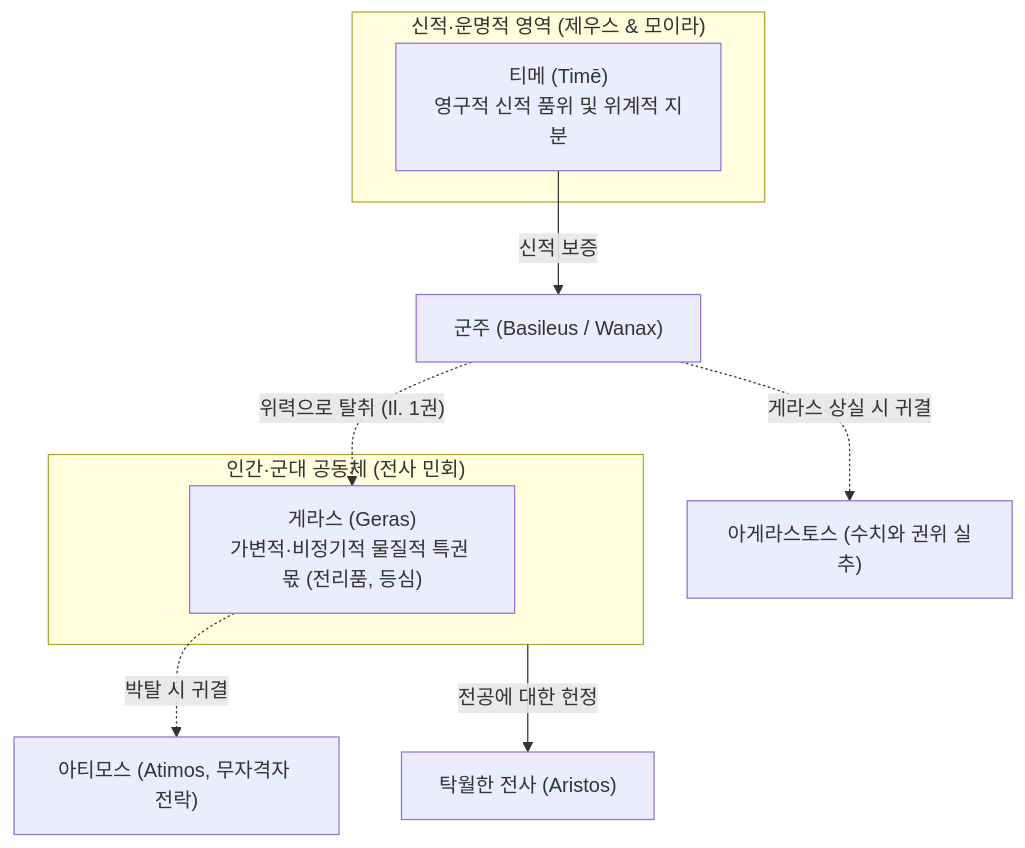
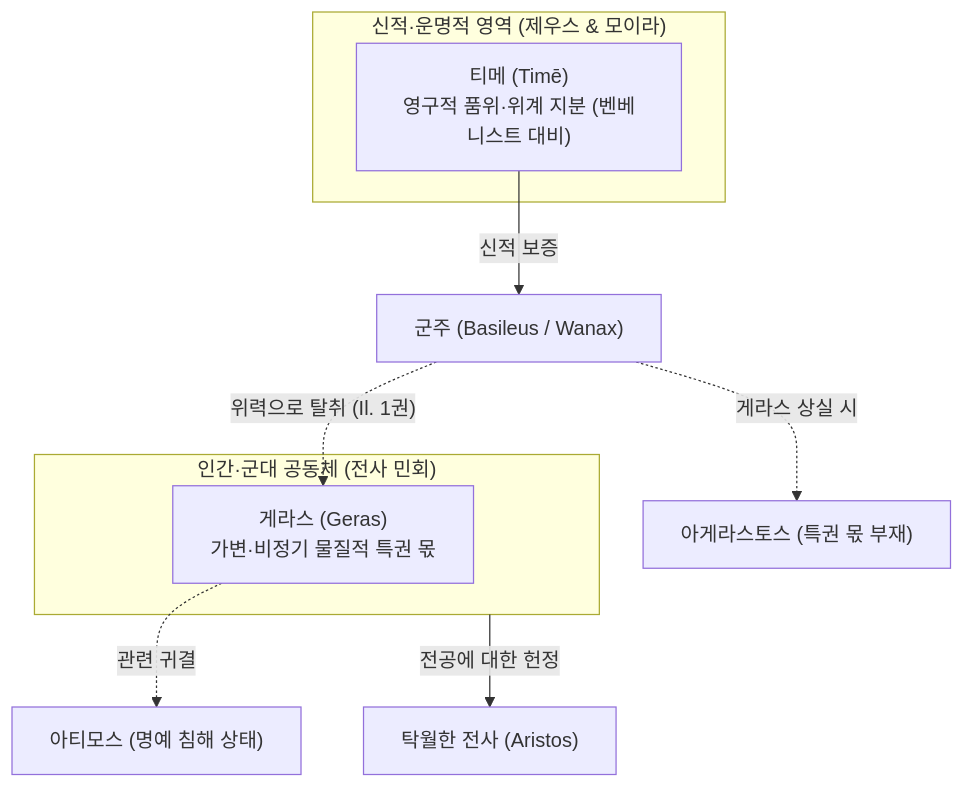
The diagram in wiki/concepts/concept-geras.md (YgHnSIM/Homer_wiki), drawn with Mermaid before and after one commit. The commit also changed other lines of this file and 1 other file, not shown here.

Commit message:
docs(concepts): 게라스(concept-geras) 검토 및 정제 완료

````diff
--- a/wiki/concepts/concept-geras.md
+++ b/wiki/concepts/concept-geras.md
@@ -75,17 +78,17 @@
 ```mermaid
 graph TD
     subgraph Divine["신적·운명적 영역 (제우스 & 모이라)"]
-        T["티메 (Timē)<br/>영구적 신적 품위 및 위계적 지분"]
+        T["티메 (Timē)<br/>영구적 품위·위계 지분 (벤베니스트 대비)"]
     end
 
     subgraph Mortal["인간·군대 공동체 (전사 민회)"]
-        G["게라스 (Geras)<br/>가변적·비정기적 물질적 특권 몫 (전리품, 등심)"]
+        G["게라스 (Geras)<br/>가변·비정기 물질적 특권 몫"]
     end
 
     T -->|"신적 보증"| King["군주 (Basileus / Wanax)"]
     Mortal -->|"전공에 대한 헌정"| Hero["탁월한 전사 (Aristos)"]
     
     King -.->|"위력으로 탈취 (Il. 1권)"| G
-    G -.->|"박탈 시 귀결"| Atimia["아티모스 (Atimos, 무자격자 전락)"]
-    King -.->|"게라스 상실 시 귀결"| Agerastos["아게라스토스 (수치와 권위 실추)"]
+    G -.->|"관련 귀결"| Atimia["아티모스 (명예 침해 상태)"]
+    King -.->|"게라스 상실 시"| Agerastos["아게라스토스 (특권 몫 부재)"]
 ```
````
